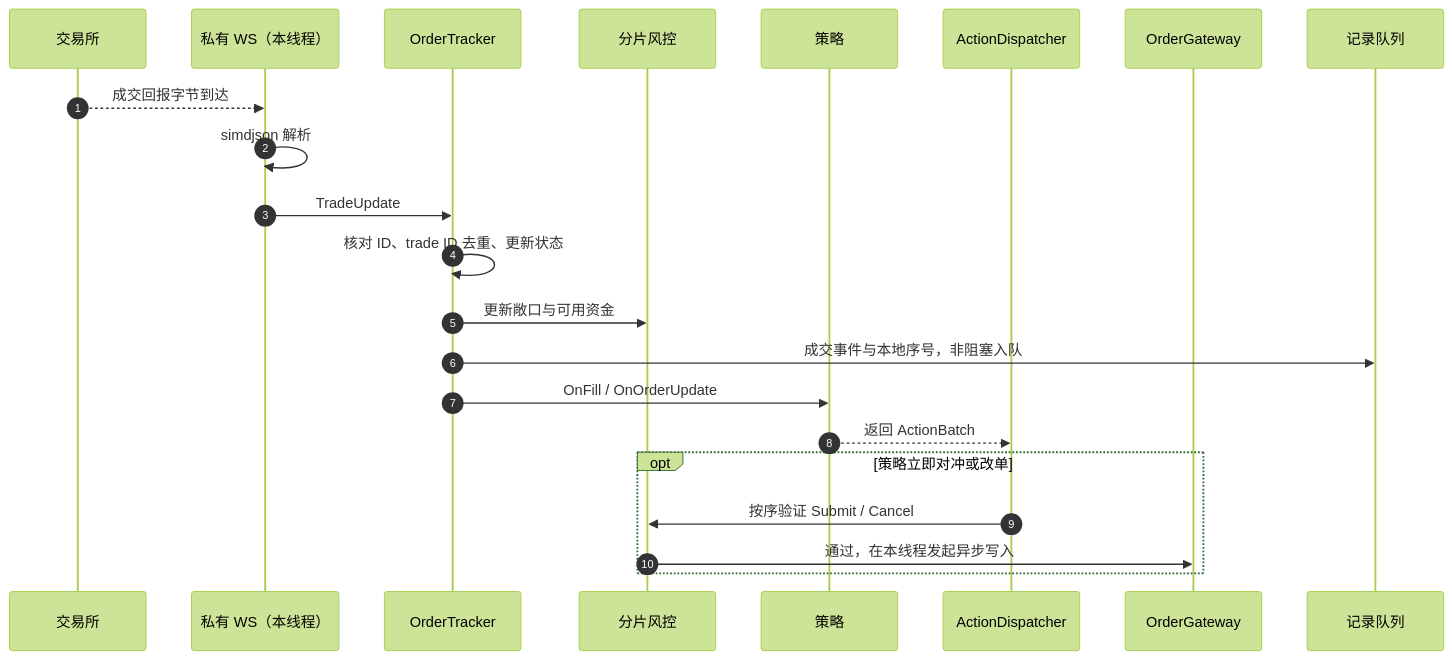
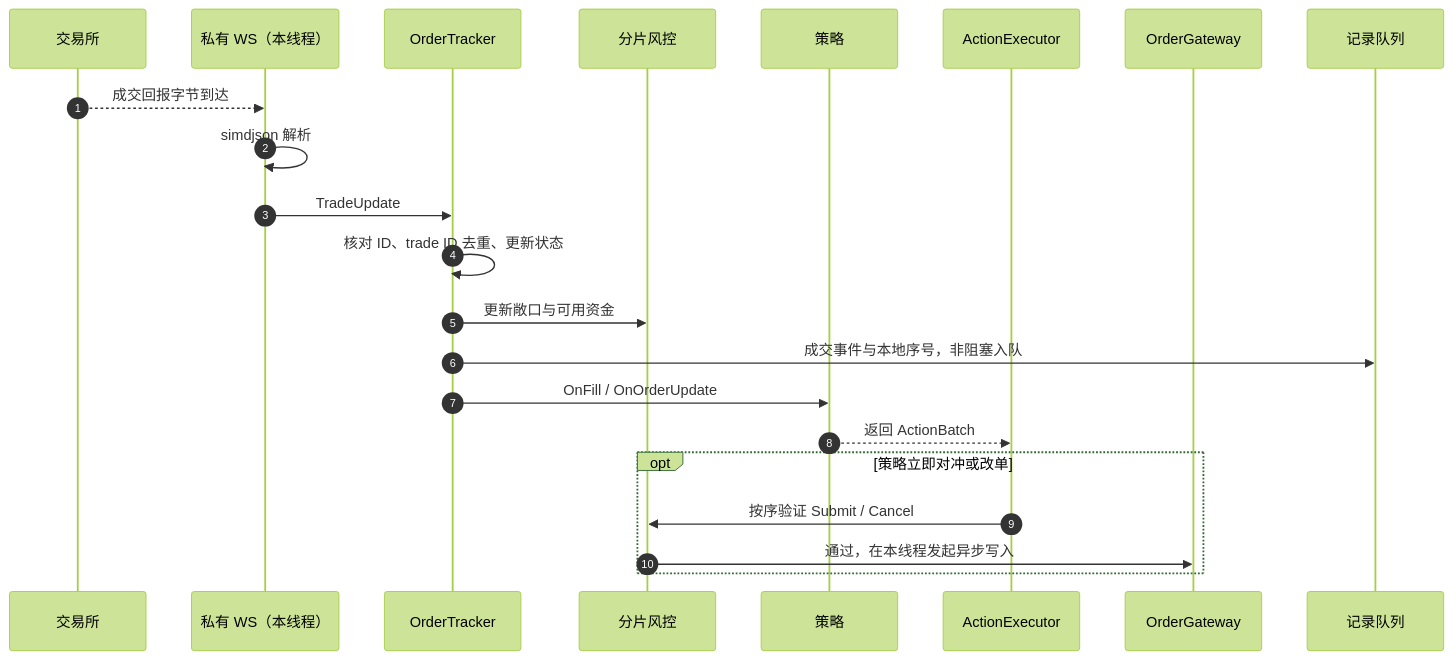
One commit to larrystd/hbot-quant changed the fourth of 11 diagrams in docs/ARCHITECTURE.md. Above: the diagram before and after it, drawn with Mermaid (forest theme). The commit also changed other lines of this file and 12 other files, not shown here.

````diff
--- a/docs/ARCHITECTURE.md
+++ b/docs/ARCHITECTURE.md
@@ -177,25 +177,25 @@
 ```mermaid
 sequenceDiagram
     autonumber
     participant X as 交易所
     participant P as 私有 WS（本线程）
     participant T as OrderTracker
     participant K as 分片风控
     participant S as 策略
-    participant A as ActionDispatcher
+    participant A as ActionExecutor
     participant G as OrderGateway
     participant Q as 记录队列
 
     X-->>P: 成交回报字节到达
     P->>P: simdjson 解析
     P->>T: TradeUpdate
     T->>T: 核对 ID、trade ID 去重、更新状态
     T->>K: 更新敞口与可用资金
     T->>Q: 成交事件与本地序号，非阻塞入队
     T->>S: OnFill / OnOrderUpdate
     S-->>A: 返回 ActionBatch
     opt 策略立即对冲或改单
         A->>K: 按序验证 Submit / Cancel
         K->>G: 通过，在本线程发起异步写入
     end
 ```
````
